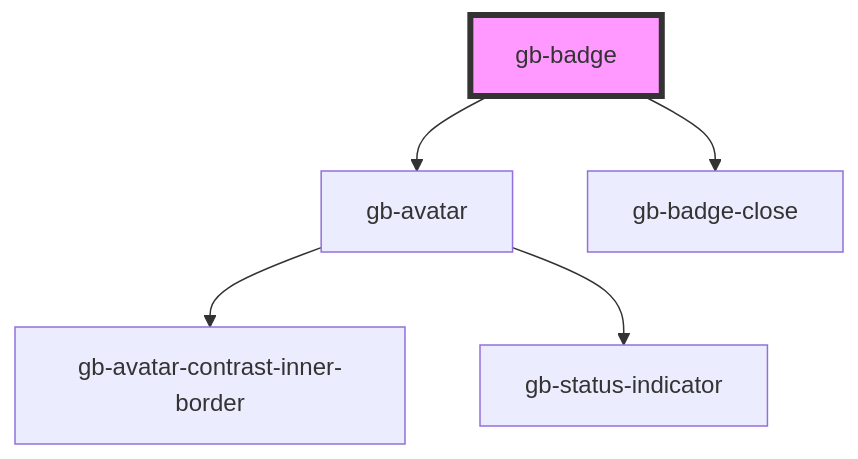
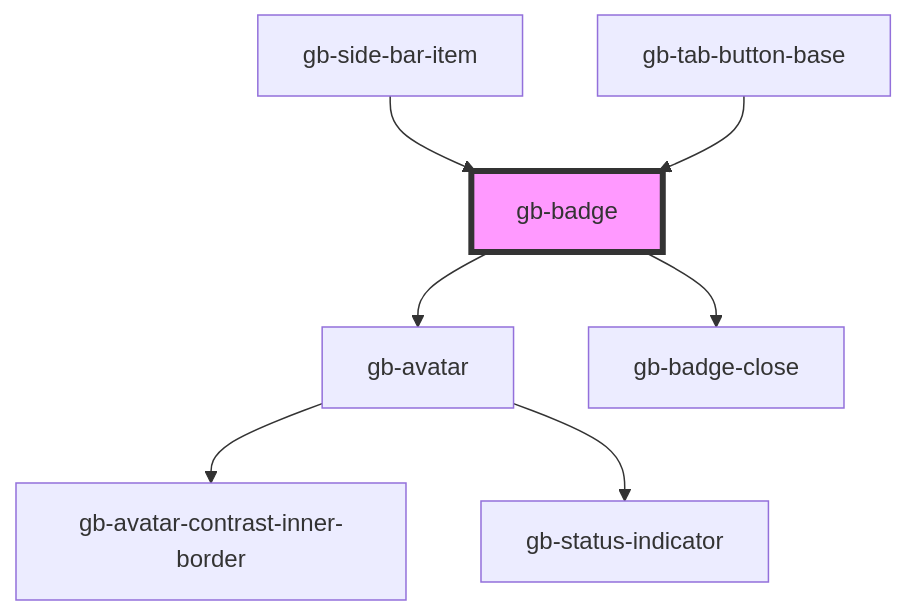
The diagram in src/components/gb-badges/readme.md (Emmanuel1858/globusComponent), drawn with Mermaid before and after one commit. The commit also changed other lines of this file and 27 other files, not shown here.

````diff
--- a/src/components/gb-badges/readme.md
+++ b/src/components/gb-badges/readme.md
@@ -30,8 +35,10 @@
 ```mermaid
 graph TD;
   gb-badge --> gb-avatar
   gb-badge --> gb-badge-close
   gb-avatar --> gb-avatar-contrast-inner-border
   gb-avatar --> gb-status-indicator
+  gb-side-bar-item --> gb-badge
+  gb-tab-button-base --> gb-badge
   style gb-badge fill:#f9f,stroke:#333,stroke-width:4px
 ```
````
